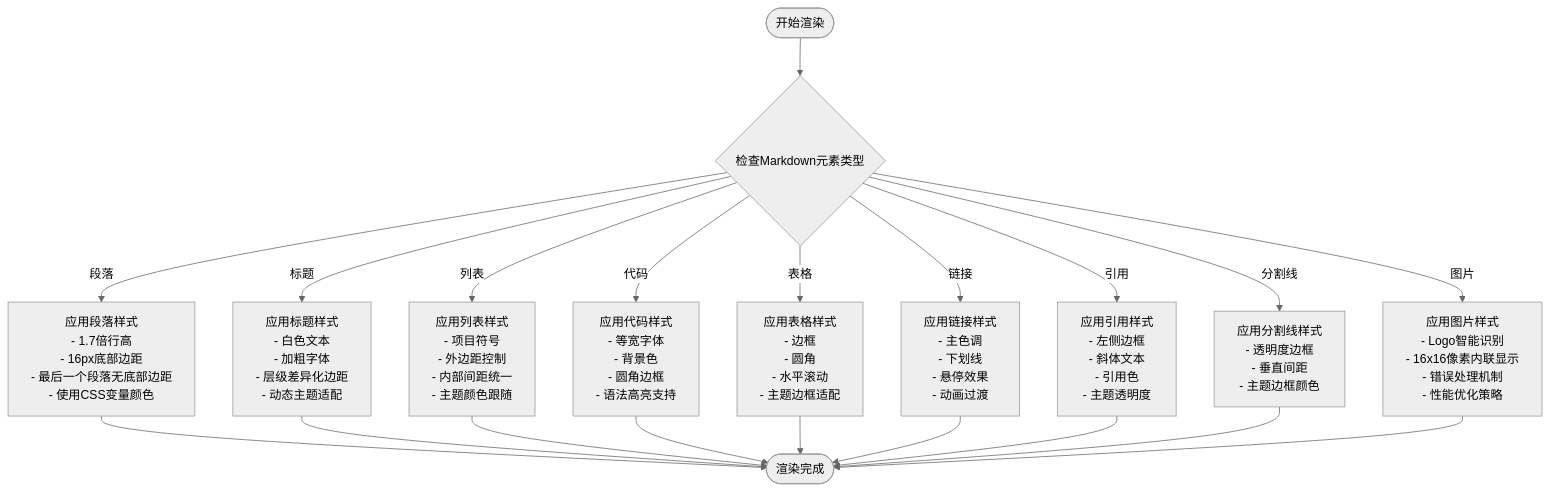
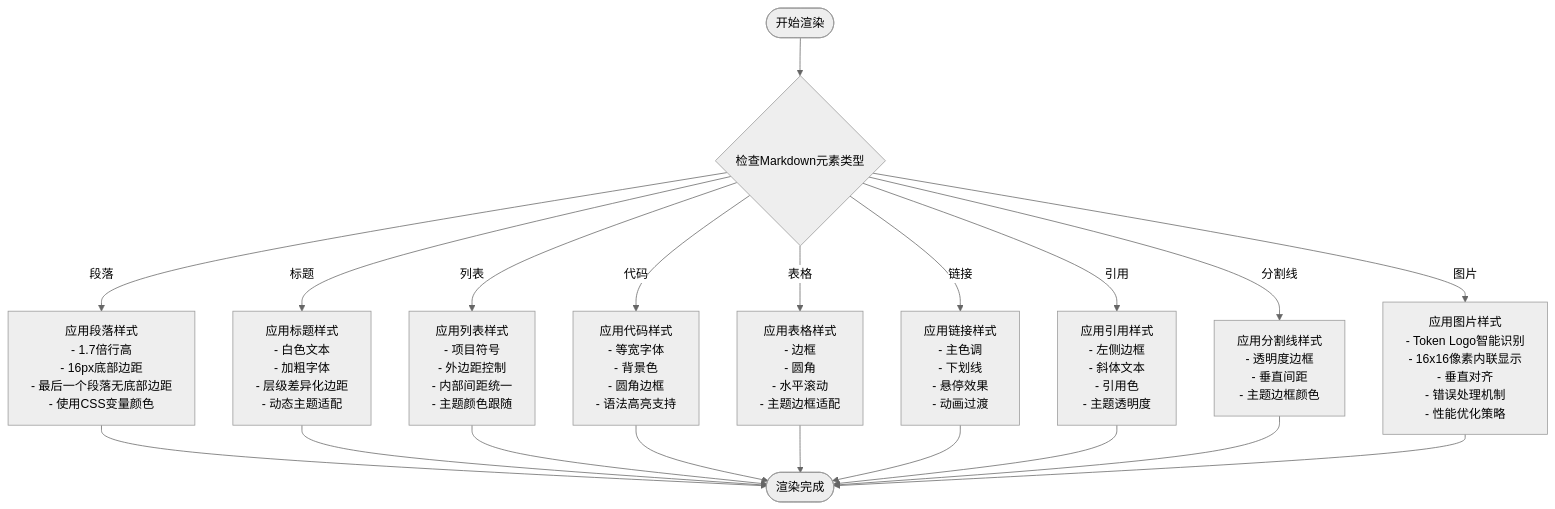
The fifth of 12 diagrams in .qoder/repowiki/zh/content/项目概述/整体架构概览/Web应用程序/Markdown渲染功能.md (CryptoLinxu/Web3-AI-Agent), drawn with Mermaid (neutral theme) before and after one commit. The commit also changed other lines of this file and 10 other files, not shown here.

````diff
--- a/.qoder/repowiki/zh/content/项目概述/整体架构概览/Web应用程序/Markdown渲染功能.md
+++ b/.qoder/repowiki/zh/content/项目概述/整体架构概览/Web应用程序/Markdown渲染功能.md
@@ -275,22 +277,22 @@
 ```mermaid
 flowchart TD
 Start([开始渲染]) --> CheckElement{"检查Markdown元素类型"}
 CheckElement --> |段落| ParagraphStyle["应用段落样式<br/>- 1.7倍行高<br/>- 16px底部边距<br/>- 最后一个段落无底部边距<br/>- 使用CSS变量颜色"]
 CheckElement --> |标题| HeadingStyle["应用标题样式<br/>- 白色文本<br/>- 加粗字体<br/>- 层级差异化边距<br/>- 动态主题适配"]
 CheckElement --> |列表| ListStyle["应用列表样式<br/>- 项目符号<br/>- 外边距控制<br/>- 内部间距统一<br/>- 主题颜色跟随"]
 CheckElement --> |代码| CodeStyle["应用代码样式<br/>- 等宽字体<br/>- 背景色<br/>- 圆角边框<br/>- 语法高亮支持"]
 CheckElement --> |表格| TableStyle["应用表格样式<br/>- 边框<br/>- 圆角<br/>- 水平滚动<br/>- 主题边框适配"]
 CheckElement --> |链接| LinkStyle["应用链接样式<br/>- 主色调<br/>- 下划线<br/>- 悬停效果<br/>- 动画过渡"]
 CheckElement --> |引用| BlockquoteStyle["应用引用样式<br/>- 左侧边框<br/>- 斜体文本<br/>- 引用色<br/>- 主题透明度"]
 CheckElement --> |分割线| HRStyle["应用分割线样式<br/>- 透明度边框<br/>- 垂直间距<br/>- 主题边框颜色"]
-CheckElement --> |图片| ImageStyle["应用图片样式<br/>- Logo智能识别<br/>- 16x16像素内联显示<br/>- 错误处理机制<br/>- 性能优化策略"]
+CheckElement --> |图片| ImageStyle["应用图片样式<br/>- Token Logo智能识别<br/>- 16x16像素内联显示<br/>- 垂直对齐<br/>- 错误处理机制<br/>- 性能优化策略"]
 ParagraphStyle --> End([渲染完成])
 HeadingStyle --> End
 ListStyle --> End
 CodeStyle --> End
 TableStyle --> End
 LinkStyle --> End
 BlockquoteStyle --> End
 HRStyle --> End
 ImageStyle --> End
 ```
````
